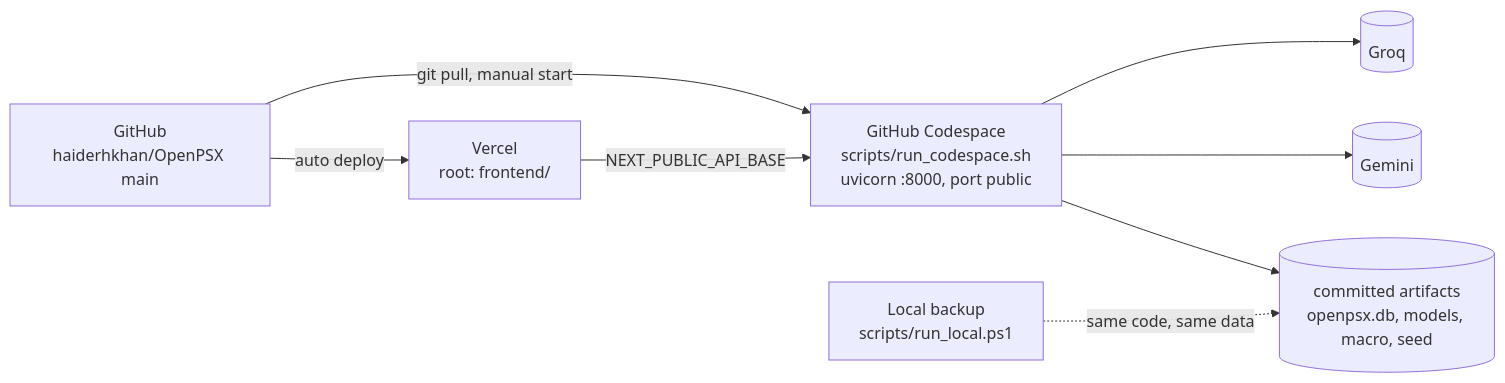
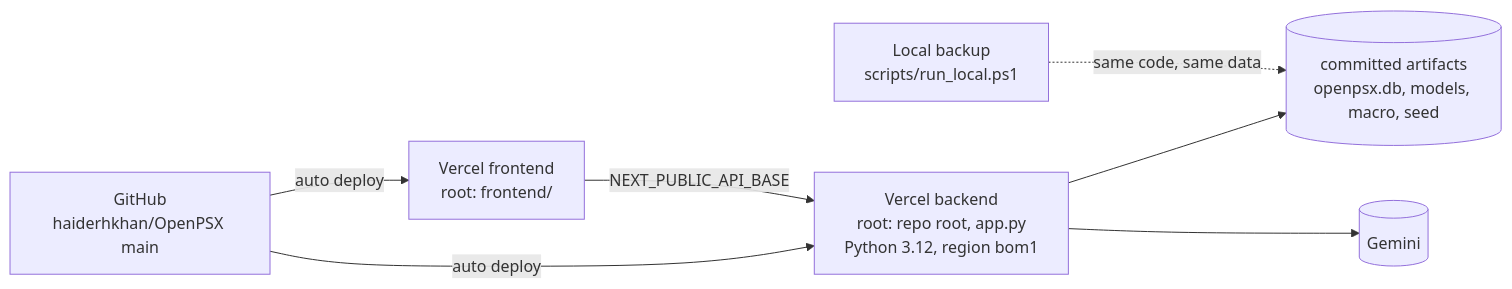
Before and after one commit to haiderhkhan/OpenPSX: the fifth of 6 diagrams in docs/ARCHITECTURE.md, drawn with Mermaid. The commit also changed other lines of this file and 13 other files, not shown here.

Commit message:
[P8-02] Vercel is the sole public deploy (D-71): fix Render claims; two-project checklist; voice off

````diff
--- a/docs/ARCHITECTURE.md
+++ b/docs/ARCHITECTURE.md
@@ -176,10 +176,9 @@
 ```mermaid
 flowchart LR
-  gh["GitHub<br/>haiderhkhan/OpenPSX main"] -->|"auto deploy"| vercel["Vercel<br/>root: frontend/"]
-  gh -->|"git pull, manual start"| cs["GitHub Codespace<br/>scripts/run_codespace.sh<br/>uvicorn :8000, port public"]
-  vercel -->|"NEXT_PUBLIC_API_BASE"| cs
-  cs --> files[("committed artifacts<br/>openpsx.db, models, macro, seed")]
-  cs --> gemini[("Gemini")]
-  cs --> groq[("Groq")]
+  gh["GitHub<br/>haiderhkhan/OpenPSX main"] -->|"auto deploy"| vercel["Vercel frontend<br/>root: frontend/"]
+  gh -->|"auto deploy"| api["Vercel backend<br/>root: repo root, app.py<br/>Python 3.12, region bom1"]
+  vercel -->|"NEXT_PUBLIC_API_BASE"| api
+  api --> files[("committed artifacts<br/>openpsx.db, models, macro, seed")]
+  api --> gemini[("Gemini")]
   laptop["Local backup<br/>scripts/run_local.ps1"] -.->|"same code, same data"| files
 ```
````
